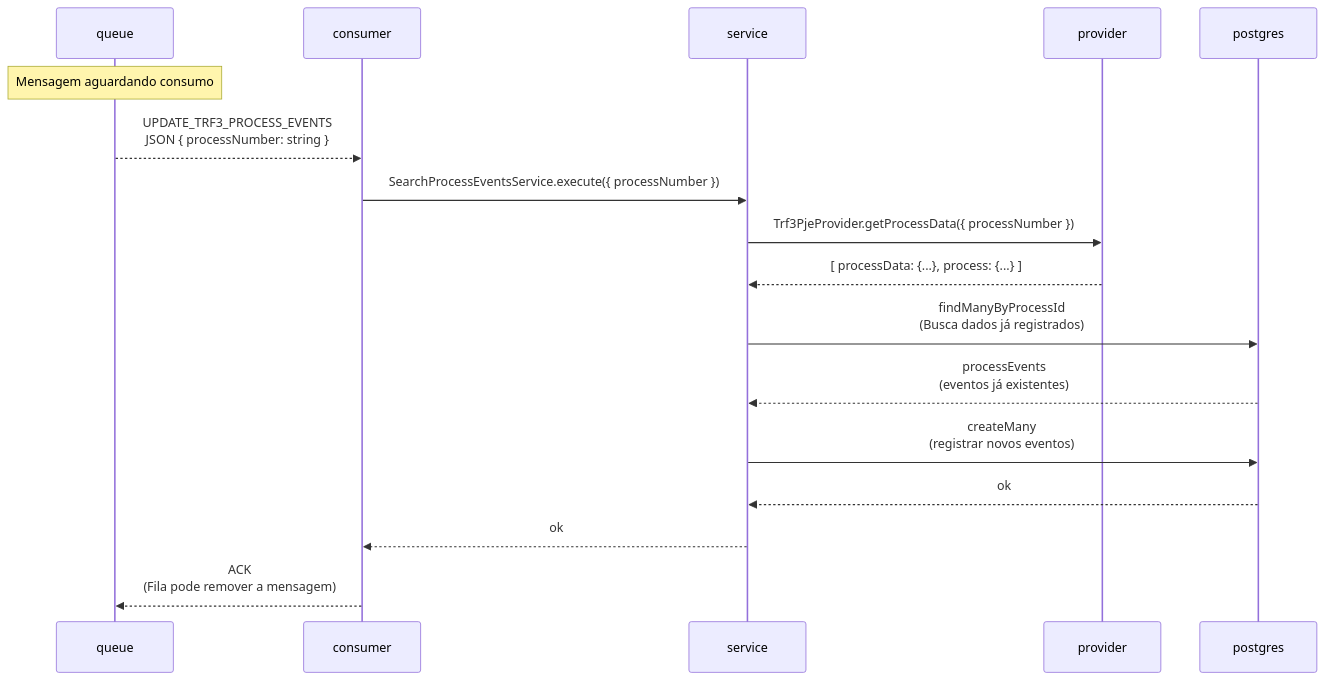
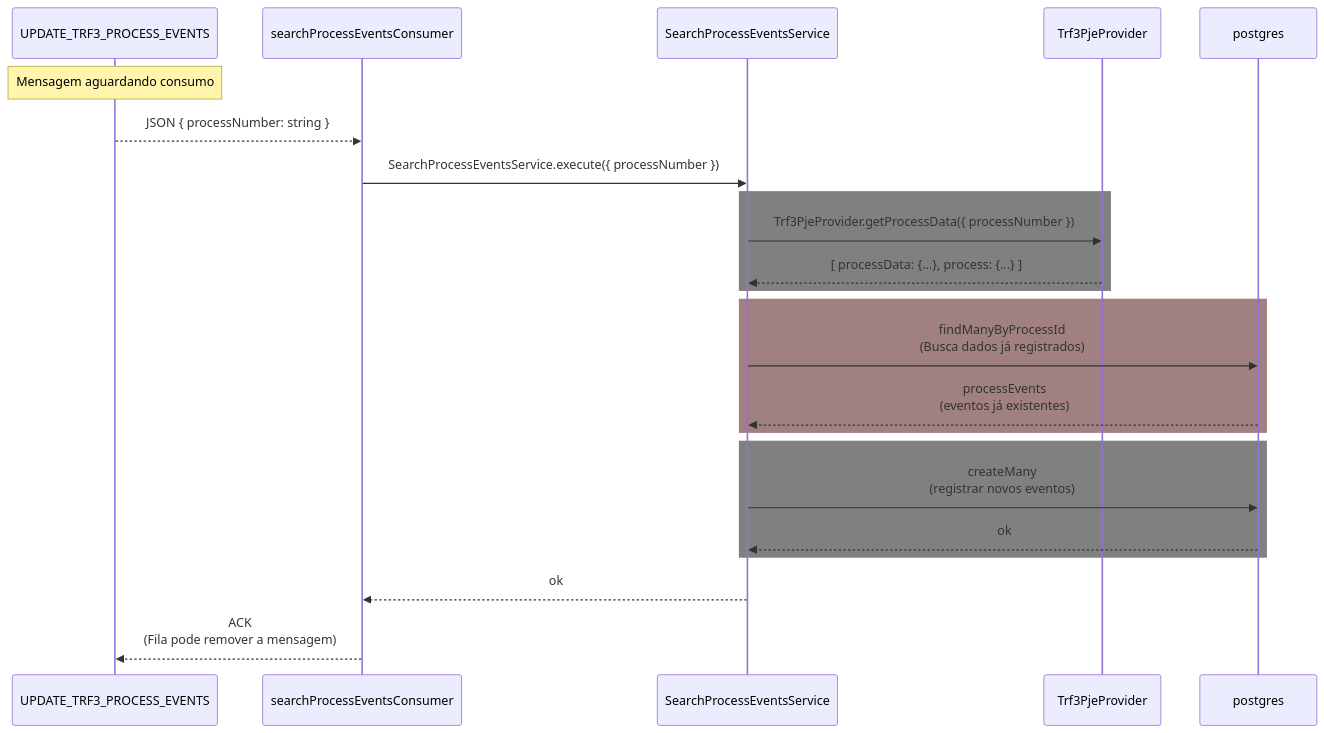
One commit to poxaIan/teste-MD changed the first of 2 diagrams in README.md. Above: the diagram before and after it, drawn with Mermaid. The commit also changed other lines of this file, not shown here.

````diff
--- a/README.md
+++ b/README.md
@@ -40,63 +40,65 @@
 ```mermaid
 %% Fluxo: Busca de Eventos de Processos (UPDATE_TRF3_PROCESS_EVENTS)
 
   
 
 sequenceDiagram
 
-    participant queue
+    participant UPDATE_TRF3_PROCESS_EVENTS
 
-    participant consumer
+    participant searchProcessEventsConsumer
 
-    participant service
+    participant SearchProcessEventsService
 
-    participant provider
+    participant Trf3PjeProvider
 
     participant postgres
 
   
 
     %% 1) Mensagem chega na fila e é consumida
 
-    Note over queue: Mensagem aguardando consumo
+    Note over UPDATE_TRF3_PROCESS_EVENTS: Mensagem aguardando consumo
 
-    queue-->>consumer: UPDATE_TRF3_PROCESS_EVENTS<br/>JSON { processNumber: string }
+    UPDATE_TRF3_PROCESS_EVENTS-->>searchProcessEventsConsumer: JSON { processNumber: string }
 
   
 
-    %% 2) consumer chama o serviço principal
+    %% 2) searchProcessEventsConsumer chama o serviço principal
 
-    consumer->>service: SearchProcessEventsService.execute({ processNumber })
+    searchProcessEventsConsumer->>SearchProcessEventsService: SearchProcessEventsService.execute({ processNumber })
 
   
 
     %% 3) Serviço busca dados do processo no TRF3 (PJe)
+    rect rgb(128, 128, 128)
+    SearchProcessEventsService->>Trf3PjeProvider: Trf3PjeProvider.getProcessData({ processNumber })
 
-    service->>provider: Trf3PjeProvider.getProcessData({ processNumber })
-
-    provider-->>service: [ processData: {...}, process: {...} ]
-
+    Trf3PjeProvider-->>SearchProcessEventsService: [ processData: {...}, process: {...} ]
+end
   
 
     %% 4) Verificar eventos já existentes
+    rect rgb(160, 128, 128)
 
-    service->>postgres: findManyByProcessId<br/>(Busca dados já registrados)
+    SearchProcessEventsService->>postgres: findManyByProcessId<br/>(Busca dados já registrados)
 
-    postgres-->>service: processEvents<br/>(eventos já existentes)
-
+    postgres-->>SearchProcessEventsService: processEvents<br/>(eventos já existentes)
+end
   
 
     %% 5) Registrar novos eventos
+    rect rgb(128, 128, 128)
 
-    service->>postgres: createMany<br/>(registrar novos eventos)
+    SearchProcessEventsService->>postgres: createMany<br/>(registrar novos eventos)
 
-    postgres-->>service: ok
-
+    postgres-->>SearchProcessEventsService: ok
+end
   
 
     %% 6) Fim
 
-    service-->>consumer: ok
+    SearchProcessEventsService-->>searchProcessEventsConsumer: ok
 
-    consumer-->>queue: ACK<br/>(Fila pode remover a mensagem)
+    searchProcessEventsConsumer-->>UPDATE_TRF3_PROCESS_EVENTS: ACK<br/>(Fila pode remover a mensagem)
 ```
````
